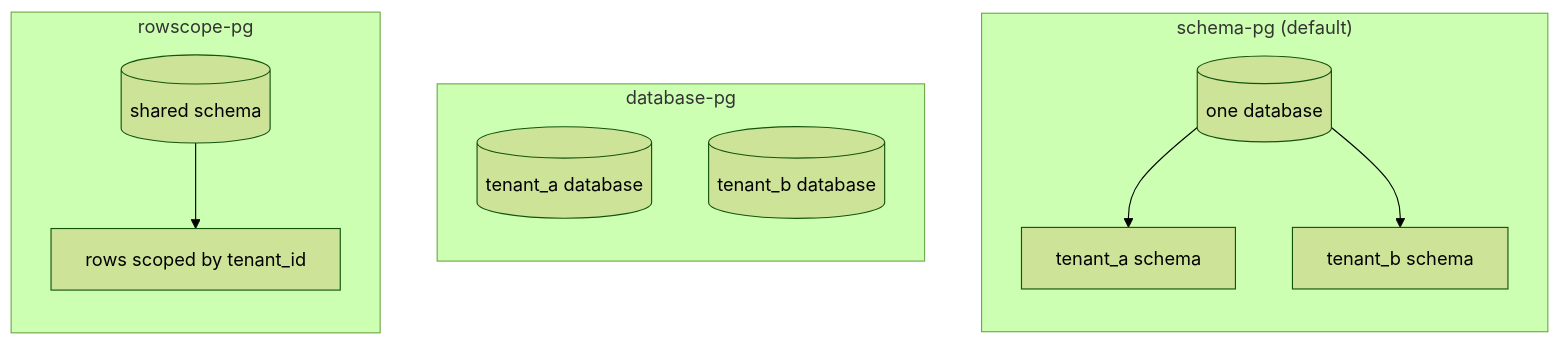
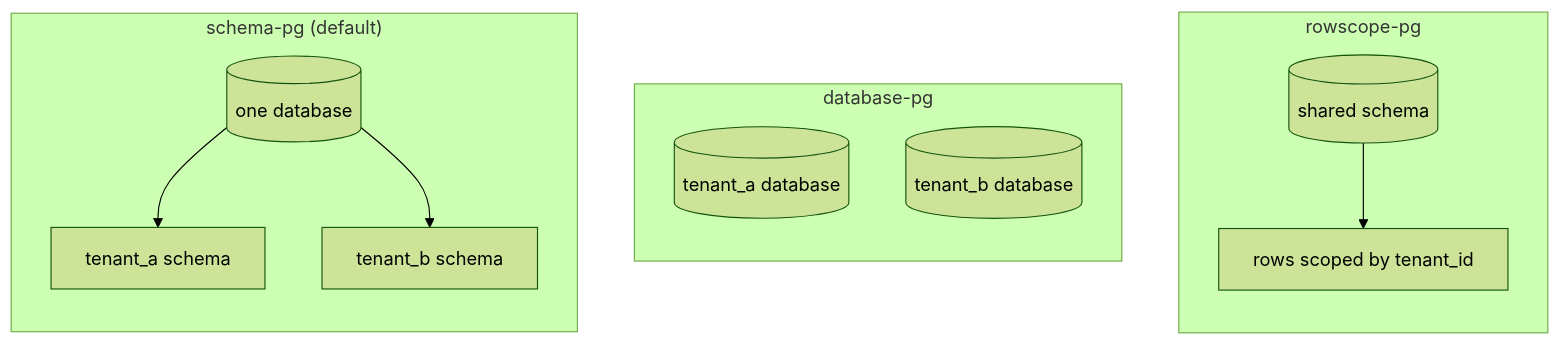
The diagram in docs/docs/data-isolation/index.md (Arcoders/Adonisjs-lasagna-saas-tenancy), drawn with Mermaid (forest theme) before and after one commit. The commit also changed 16 other files, not shown here.

````diff
--- a/docs/docs/data-isolation/index.md
+++ b/docs/docs/data-isolation/index.md
@@ -44,17 +44,22 @@
 ```mermaid
 flowchart TB
-  subgraph SP["schema-pg (default)"]
+  %% Subgraphs are declared in reverse on purpose: with no edges between them,
+  %% mermaid lays disconnected subgraphs out in reverse declaration order, so
+  %% this renders left-to-right as schema-pg -> database-pg -> rowscope-pg,
+  %% matching the prose and the table above (default first). Connecting them to
+  %% force the order would flatten each subgraph's internal top-to-bottom layout.
+  subgraph RP["rowscope-pg"]
     direction TB
-    SDB[(one database)] --> SA[tenant_a schema]
-    SDB --> SB[tenant_b schema]
+    RDB[(shared schema)] --> RR["rows scoped by tenant_id"]
   end
   subgraph DP["database-pg"]
     direction TB
     DA[(tenant_a database)]
     DB2[(tenant_b database)]
   end
-  subgraph RP["rowscope-pg"]
+  subgraph SP["schema-pg (default)"]
     direction TB
-    RDB[(shared schema)] --> RR["rows scoped by tenant_id"]
+    SDB[(one database)] --> SA[tenant_a schema]
+    SDB --> SB[tenant_b schema]
   end
 ```
````
